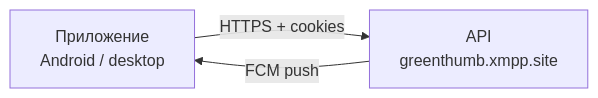
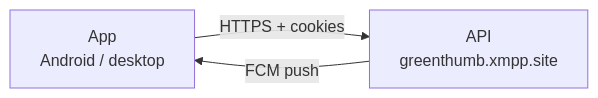
One commit to vivogf/greenthumb-mobile changed the diagram in README.md. Above: the diagram before and after it, drawn with Mermaid. The commit also changed other lines of this file and 4 other files, not shown here.

````diff
--- a/README.md
+++ b/README.md
@@ -53,5 +53,5 @@
 ```mermaid
 flowchart LR
-    A[Приложение<br/>Android / desktop] -->|HTTPS + cookies| B[API<br/>greenthumb.xmpp.site]
+    A[App<br/>Android / desktop] -->|HTTPS + cookies| B[API<br/>greenthumb.xmpp.site]
     B -->|FCM push| A
 ```
````
